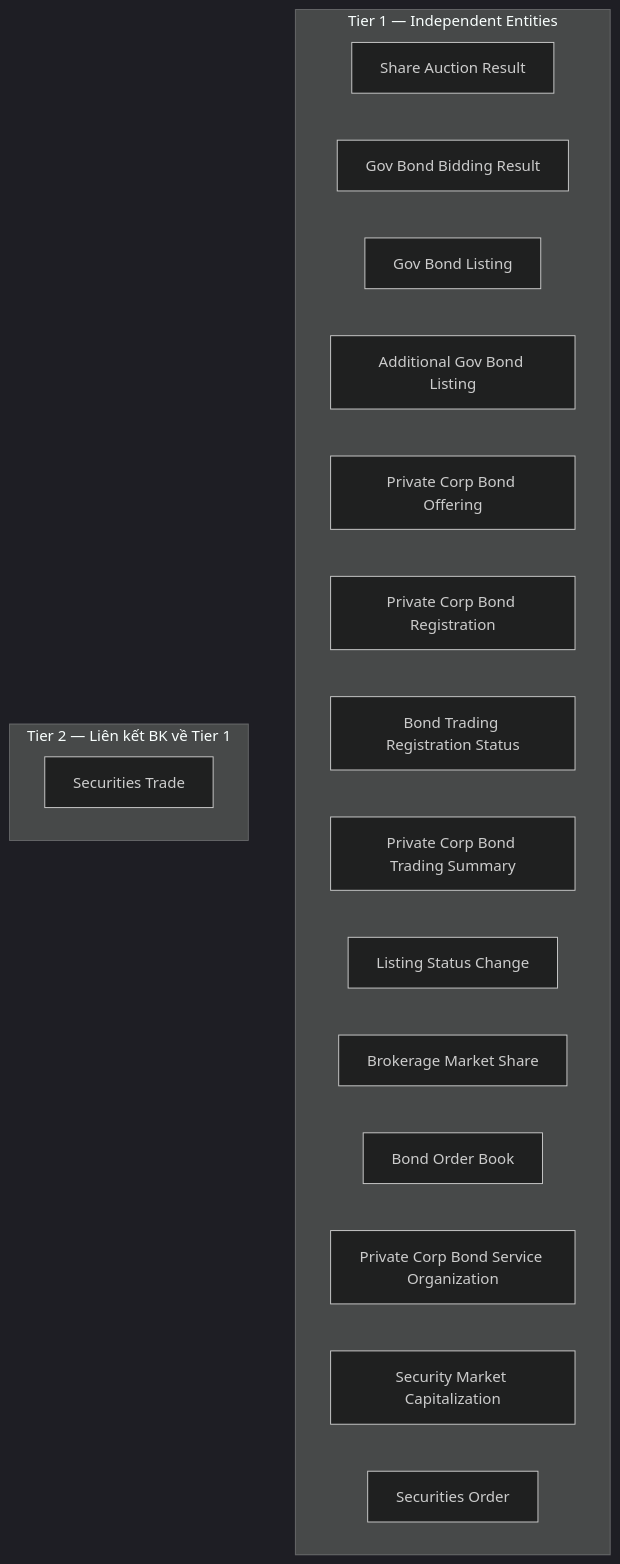
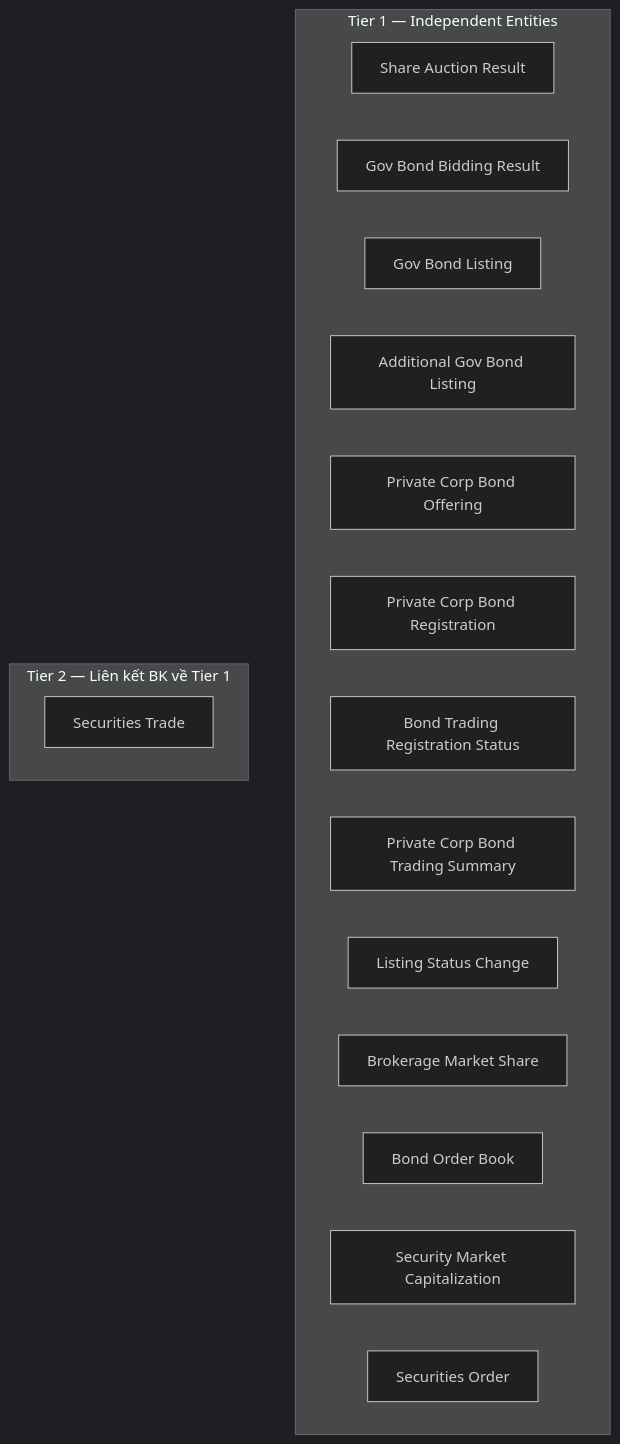
Before and after one commit to linhlvit/ubck_atomic_design: the first of 2 diagrams in DataModel/working/Atomic/hld/HNX_HLD_Overview.md, drawn with Mermaid (dark theme). The commit also changed other lines of this file and 23 other files, not shown here.

````diff
--- a/DataModel/working/Atomic/hld/HNX_HLD_Overview.md
+++ b/DataModel/working/Atomic/hld/HNX_HLD_Overview.md
@@ -35,24 +34,23 @@
 ```mermaid
 graph TD
     subgraph T1["Tier 1 — Independent Entities"]
         E1["Share Auction Result"]
         E2["Gov Bond Bidding Result"]
         E3["Gov Bond Listing"]
         E4["Additional Gov Bond Listing"]
         E5["Private Corp Bond Offering"]
         E6["Private Corp Bond Registration"]
         E7["Bond Trading Registration Status"]
         E8["Private Corp Bond Trading Summary"]
         E9["Listing Status Change"]
         E10["Brokerage Market Share"]
         E11["Bond Order Book"]
-        E12["Private Corp Bond Service Organization"]
         E13["Security Market Capitalization"]
         E14["Securities Order"]
     end
 
     subgraph T2["Tier 2 — Liên kết BK về Tier 1"]
         E15["Securities Trade"]
     end
 
 ```
````
